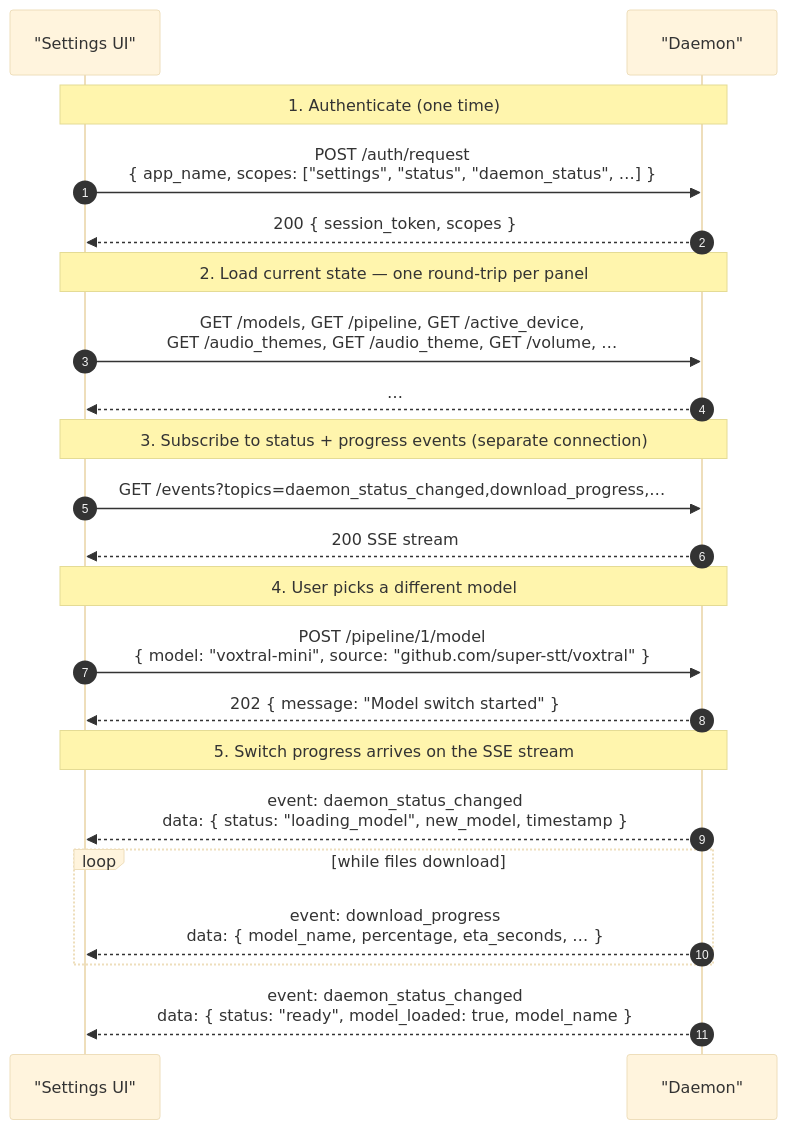
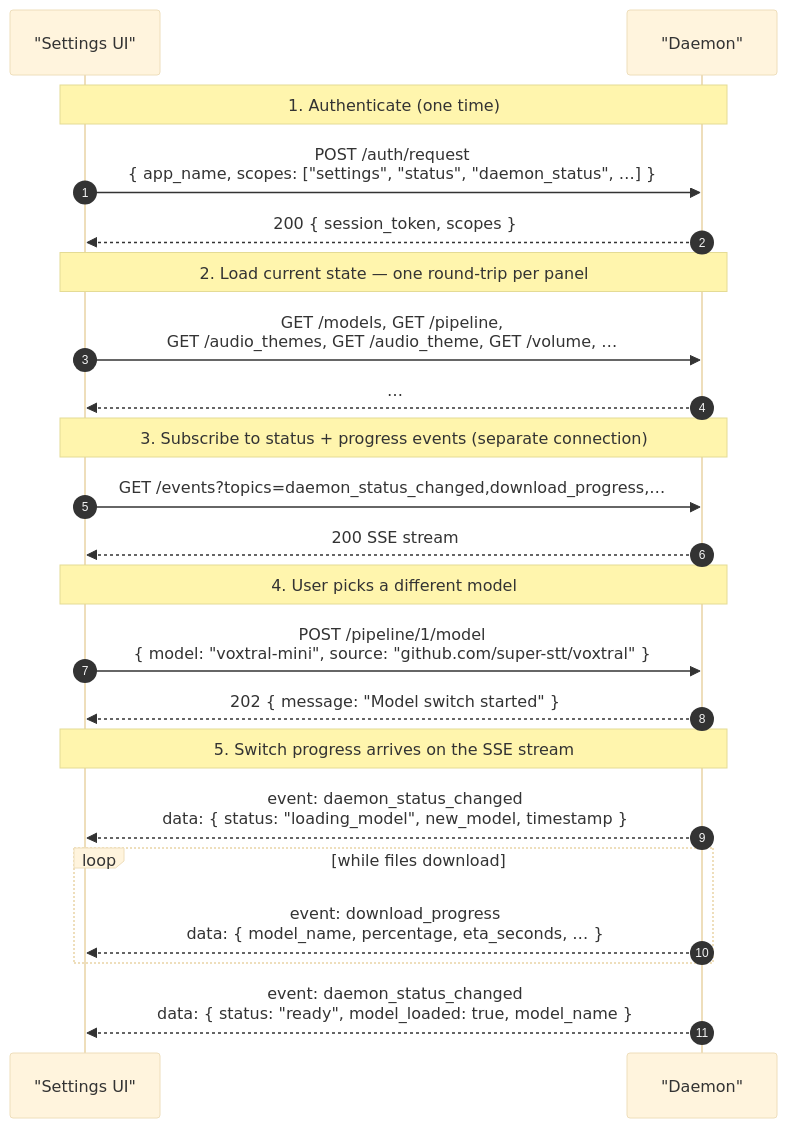
Before and after one commit to jorge-menjivar/super-stt: the diagram in docs/protocol/scopes/settings.md, drawn with Mermaid (base theme). The commit also changed other lines of this file and 40 other files, not shown here.

Commit message:
Set a model's device per model at /pipeline/{stage}/model/{model}/device (#402)

````diff
--- a/docs/protocol/scopes/settings.md
+++ b/docs/protocol/scopes/settings.md
@@ -81,29 +81,29 @@
 ```mermaid
 sequenceDiagram
     autonumber
     participant App as "Settings UI"
     participant D as "Daemon"
 
     Note over App,D: 1. Authenticate (one time)
     App->>D: POST /auth/request<br/>{ app_name, scopes: ["settings", "status", "daemon_status", …] }
     D-->>App: 200 { session_token, scopes }
 
     Note over App,D: 2. Load current state — one round-trip per panel
-    App->>D: GET /models, GET /pipeline, GET /active_device,<br/>      GET /audio_themes, GET /audio_theme, GET /volume, …
+    App->>D: GET /models, GET /pipeline,<br/>      GET /audio_themes, GET /audio_theme, GET /volume, …
     D-->>App: …
 
     Note over App,D: 3. Subscribe to status + progress events (separate connection)
     App->>D: GET /events?topics=daemon_status_changed,download_progress,…
     D-->>App: 200 SSE stream
 
     Note over App,D: 4. User picks a different model
     App->>D: POST /pipeline/1/model<br/>{ model: "voxtral-mini", source: "github.com/super-stt/voxtral" }
     D-->>App: 202 { message: "Model switch started" }
 
     Note over App,D: 5. Switch progress arrives on the SSE stream
     D-->>App: event: daemon_status_changed<br/>data: { status: "loading_model", new_model, timestamp }
     loop while files download
         D-->>App: event: download_progress<br/>data: { model_name, percentage, eta_seconds, … }
     end
     D-->>App: event: daemon_status_changed<br/>data: { status: "ready", model_loaded: true, model_name }
 ```
````
